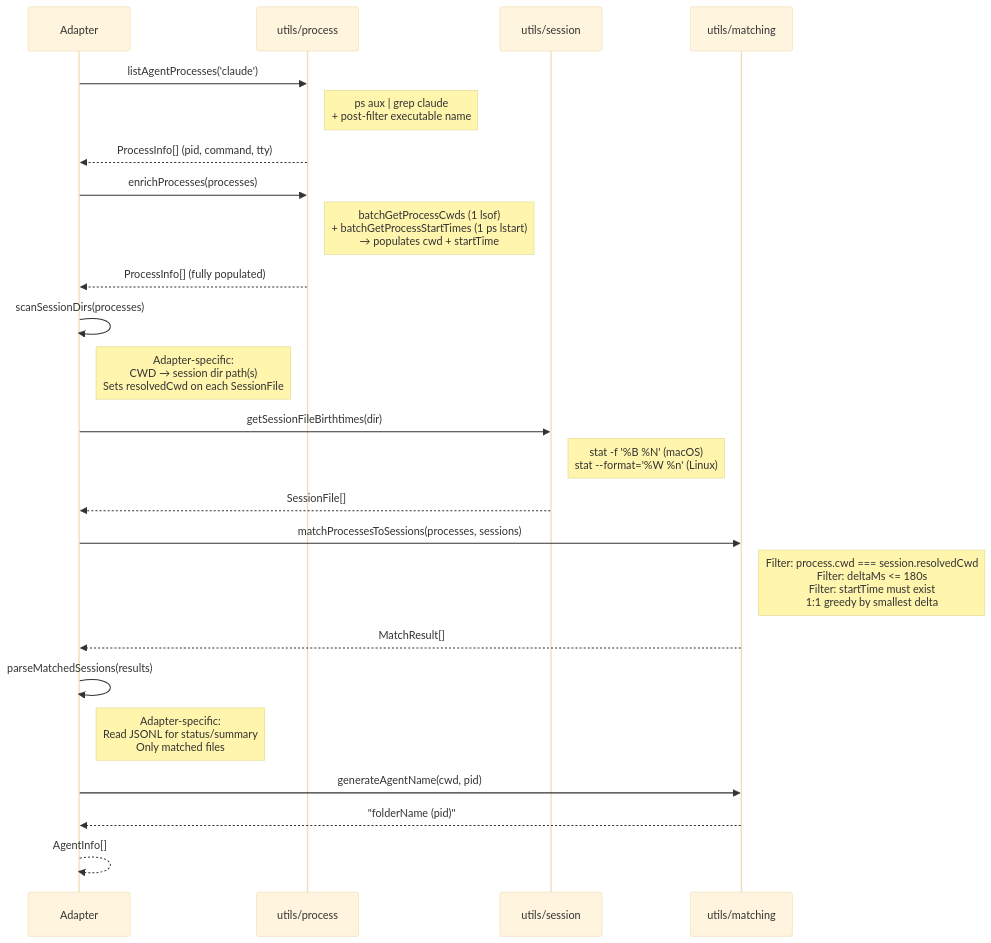
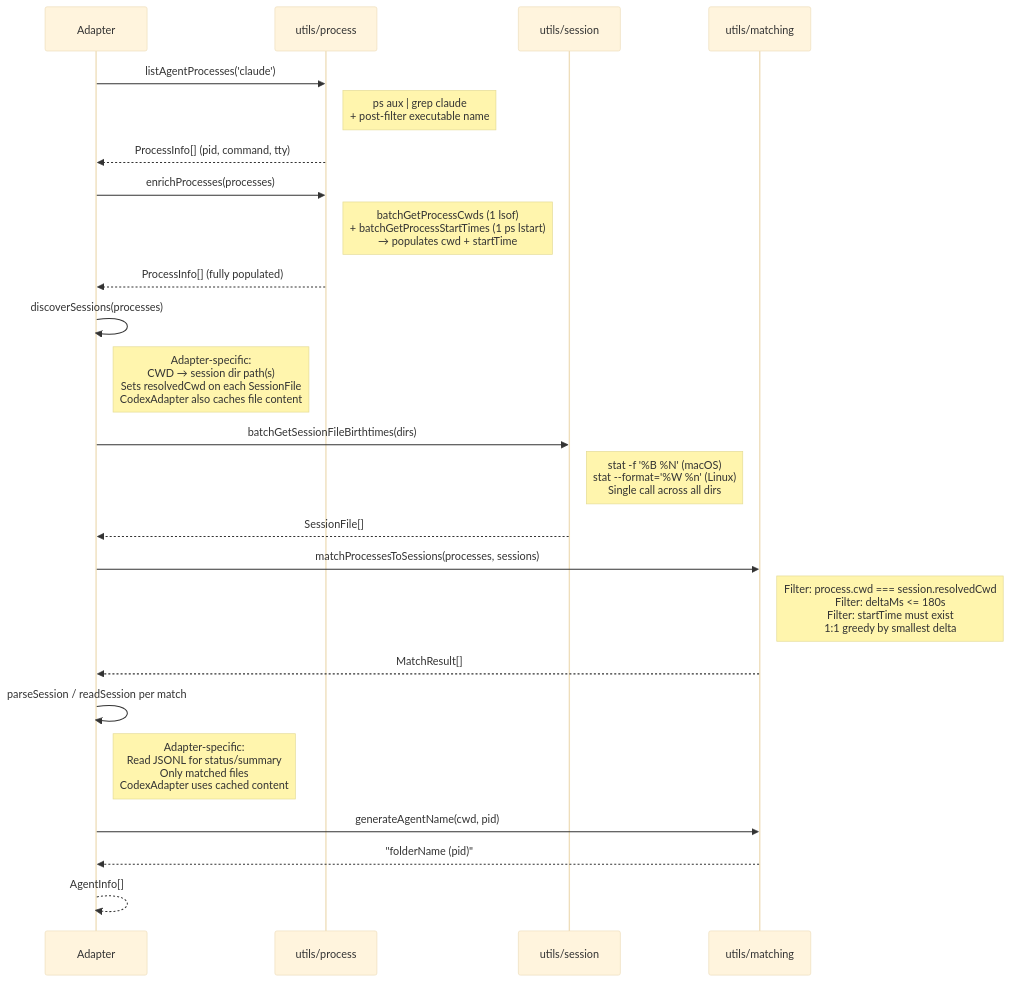
The second of 2 diagrams in docs/ai/design/feature-generalize-session-mapping.md (codeaholicguy/ai-devkit), drawn with Mermaid (base theme) before and after one commit. The commit also changed other lines of this file and 20 other files, not shown here.

````diff
--- a/docs/ai/design/feature-generalize-session-mapping.md
+++ b/docs/ai/design/feature-generalize-session-mapping.md
@@ -44,34 +44,34 @@
 ```mermaid
 sequenceDiagram
     participant A as Adapter
     participant P as utils/process
     participant S as utils/session
     participant M as utils/matching
 
     A->>P: listAgentProcesses('claude')
     Note right of P: ps aux | grep claude<br/>+ post-filter executable name
     P-->>A: ProcessInfo[] (pid, command, tty)
 
     A->>P: enrichProcesses(processes)
     Note right of P: batchGetProcessCwds (1 lsof)<br/>+ batchGetProcessStartTimes (1 ps lstart)<br/>→ populates cwd + startTime
     P-->>A: ProcessInfo[] (fully populated)
 
-    A->>A: scanSessionDirs(processes)
-    Note right of A: Adapter-specific:<br/>CWD → session dir path(s)<br/>Sets resolvedCwd on each SessionFile
+    A->>A: discoverSessions(processes)
+    Note right of A: Adapter-specific:<br/>CWD → session dir path(s)<br/>Sets resolvedCwd on each SessionFile<br/>CodexAdapter also caches file content
 
-    A->>S: getSessionFileBirthtimes(dir)
-    Note right of S: stat -f '%B %N' (macOS)<br/>stat --format='%W %n' (Linux)
+    A->>S: batchGetSessionFileBirthtimes(dirs)
+    Note right of S: stat -f '%B %N' (macOS)<br/>stat --format='%W %n' (Linux)<br/>Single call across all dirs
     S-->>A: SessionFile[]
 
     A->>M: matchProcessesToSessions(processes, sessions)
     Note right of M: Filter: process.cwd === session.resolvedCwd<br/>Filter: deltaMs <= 180s<br/>Filter: startTime must exist<br/>1:1 greedy by smallest delta
     M-->>A: MatchResult[]
 
-    A->>A: parseMatchedSessions(results)
-    Note right of A: Adapter-specific:<br/>Read JSONL for status/summary<br/>Only matched files
+    A->>A: parseSession / readSession per match
+    Note right of A: Adapter-specific:<br/>Read JSONL for status/summary<br/>Only matched files<br/>CodexAdapter uses cached content
 
     A->>M: generateAgentName(cwd, pid)
     M-->>A: "folderName (pid)"
 
     A-->>A: AgentInfo[]
 ```
````
